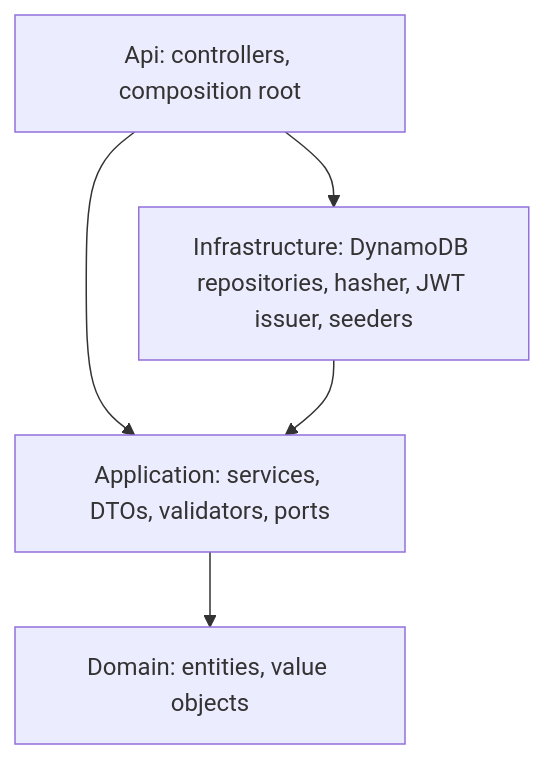
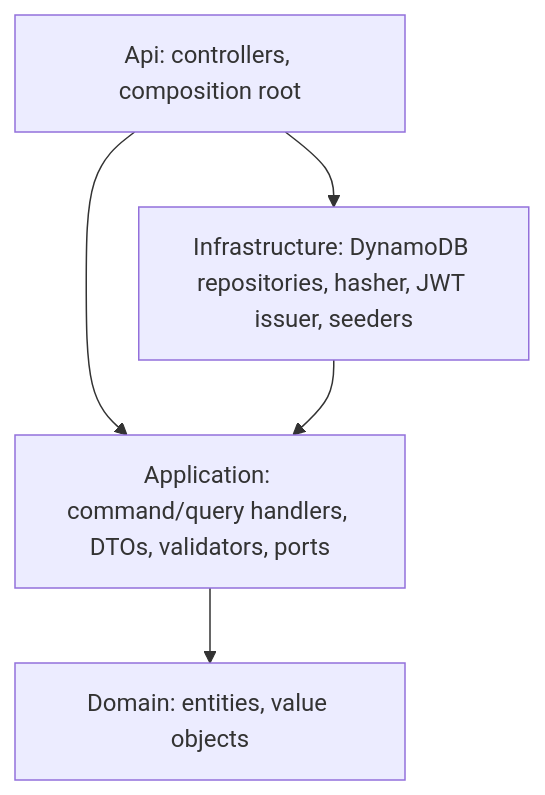
Before and after one commit to yamilkar/TaskManager: the second of 2 diagrams in README.md, drawn with Mermaid. The commit also changed other lines of this file and 68 other files, not shown here.

First line of the commit message:
refactor: move Users and Tasks APIs to CQRS command/query handlers

````diff
--- a/README.md
+++ b/README.md
@@ -29,7 +29,7 @@
 ```mermaid
 flowchart TB
-    Api["Api: controllers, composition root"] --> App["Application: services, DTOs, validators, ports"]
+    Api["Api: controllers, composition root"] --> App["Application: command/query handlers, DTOs, validators, ports"]
     App --> Dom["Domain: entities, value objects"]
     Infra["Infrastructure: DynamoDB repositories, hasher, JWT issuer, seeders"] --> App
     Api --> Infra
 ```
````
